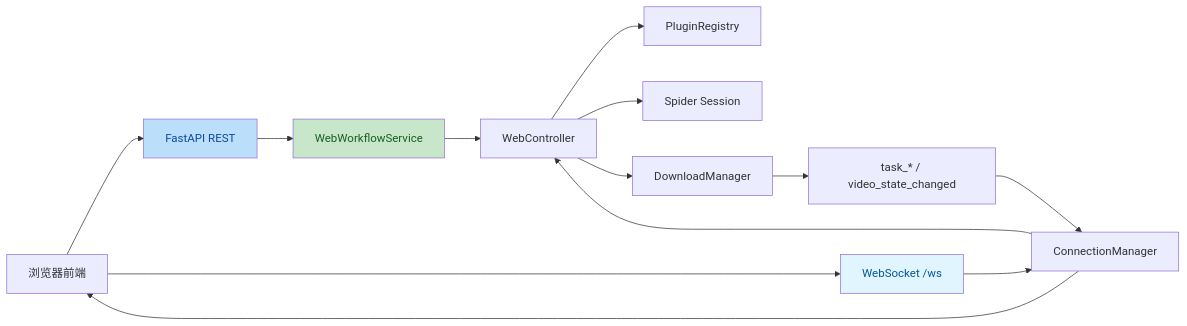
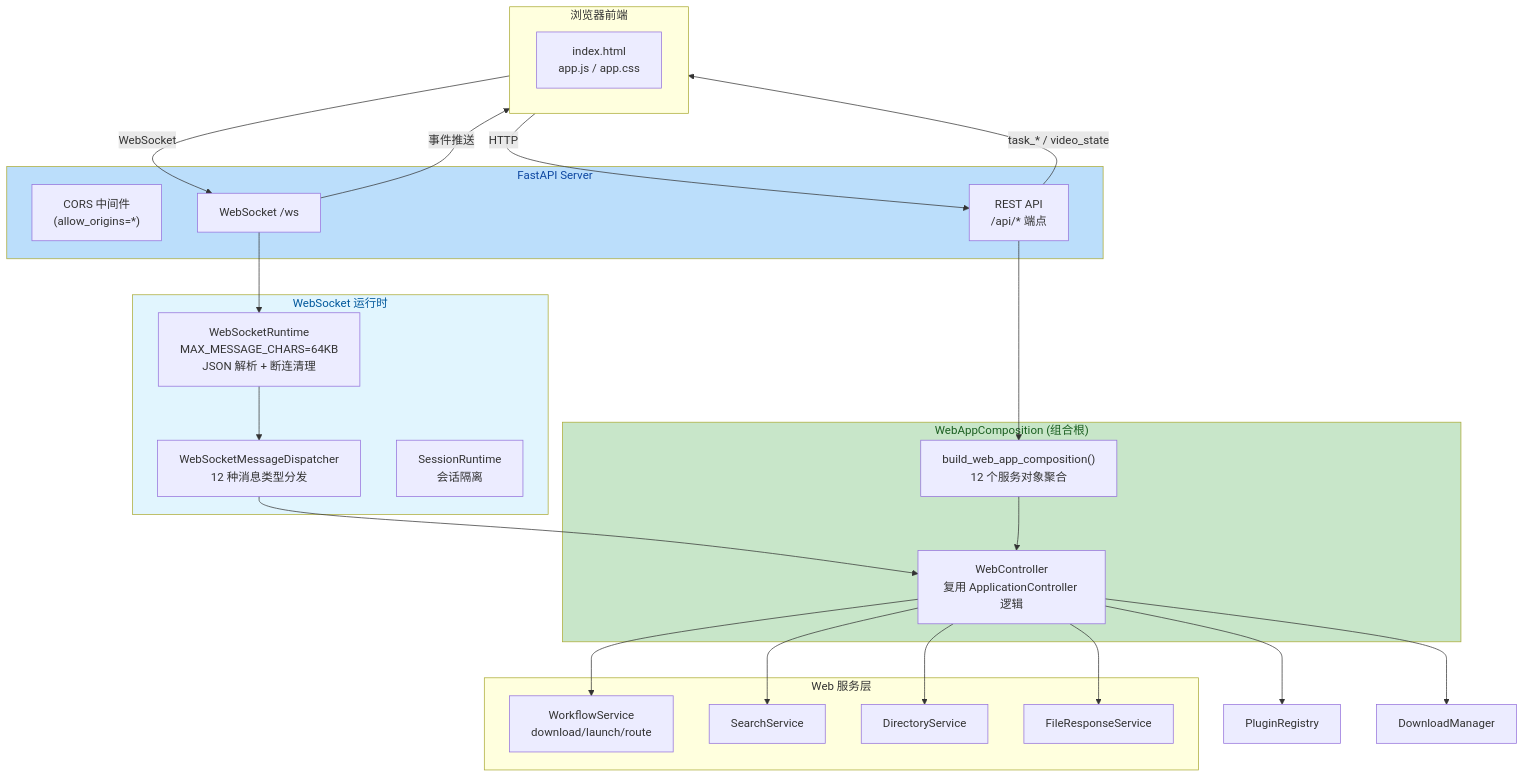
Before and after one commit to haohaizi554/UniversalCrawler: the first of 5 diagrams in mermaid/06-web-runtime.md, drawn with Mermaid. The commit also changed other lines of this file and 78 other files, not shown here.

Commit message:
Sync local workspace: packaging adaptation, frontend hardening, and architecture review.

````diff
--- a/mermaid/06-web-runtime.md
+++ b/mermaid/06-web-runtime.md
@@ -5,19 +5,51 @@
 ```mermaid
-flowchart LR
-    Browser[浏览器前端] --> REST[FastAPI REST]
-    Browser --> WS[WebSocket /ws]
-    REST --> Workflow[WebWorkflowService]
-    WS --> Manager[ConnectionManager]
-    Workflow --> WebCtrl[WebController]
-    Manager --> WebCtrl
-    WebCtrl --> Plugin[PluginRegistry]
-    WebCtrl --> Spider[Spider Session]
-    WebCtrl --> Download[DownloadManager]
-    Download --> Events[task_* / video_state_changed]
-    Events --> Manager
-    Manager --> Browser
+flowchart TB
+    subgraph Browser["浏览器前端"]
+        HTML["index.html<br/>app.js / app.css"]
+    end
 
-    style REST fill:#bbdefb,color:#0d47a1
-    style WS fill:#e1f5fe,color:#01579b
-    style Workflow fill:#c8e6c9,color:#1a5e20
+    subgraph Server["FastAPI Server"]
+        CORS["CORS 中间件<br/>(allow_origins=*)"]
+        REST["REST API<br/>/api/* 端点"]
+        WS["WebSocket /ws"]
+    end
+
+    subgraph Composition["WebAppComposition (组合根)"]
+        Comp["build_web_app_composition()<br/>12 个服务对象聚合"]
+        WebCtrl["WebController<br/>复用 ApplicationController 逻辑"]
+    end
+
+    subgraph Runtime["WebSocket 运行时"]
+        Disp["WebSocketMessageDispatcher<br/>12 种消息类型分发"]
+        WSRt["WebSocketRuntime<br/>MAX_MESSAGE_CHARS=64KB<br/>JSON 解析 + 断连清理"]
+        SessRt["SessionRuntime<br/>会话隔离"]
+    end
+
+    subgraph Services["Web 服务层"]
+        Workflow["WorkflowService<br/>download/launch/route"]
+        Search["SearchService"]
+        DirSvc["DirectoryService"]
+        FileResp["FileResponseService"]
+    end
+
+    Browser -->|HTTP| REST
+    Browser -->|WebSocket| WS
+    REST --> Comp
+    WS --> WSRt
+    WSRt --> Disp
+    Disp --> WebCtrl
+    Comp --> WebCtrl
+    WebCtrl --> Workflow
+    WebCtrl --> Search
+    WebCtrl --> DirSvc
+    WebCtrl --> FileResp
+    WebCtrl --> Plugin["PluginRegistry"]
+    WebCtrl --> Download["DownloadManager"]
+
+    REST -->|task_* / video_state| Browser
+    WS -->|事件推送| Browser
+
+    style Server fill:#bbdefb,color:#0d47a1
+    style Composition fill:#c8e6c9,color:#1a5e20
+    style Runtime fill:#e1f5fe,color:#01579b
 ```
````
